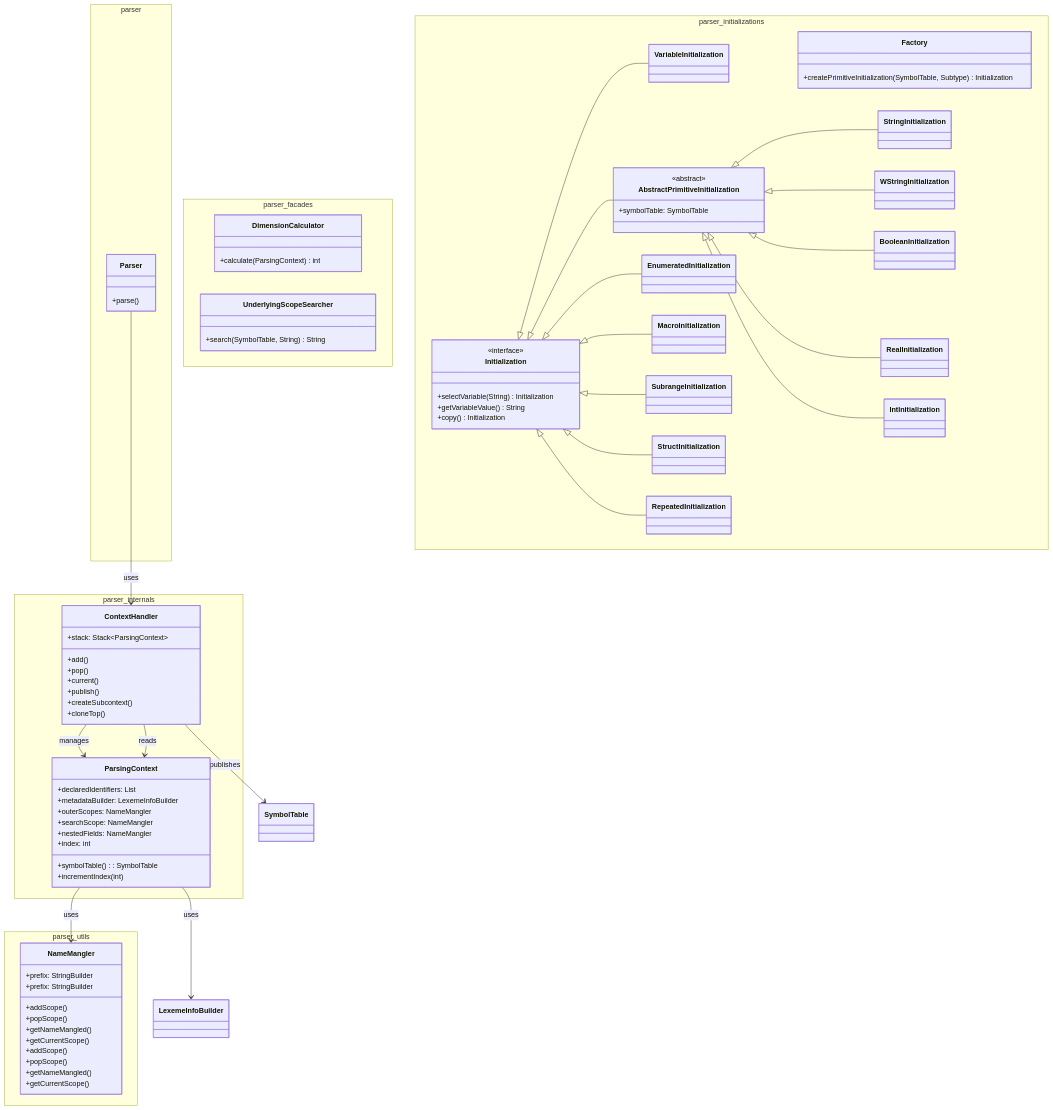
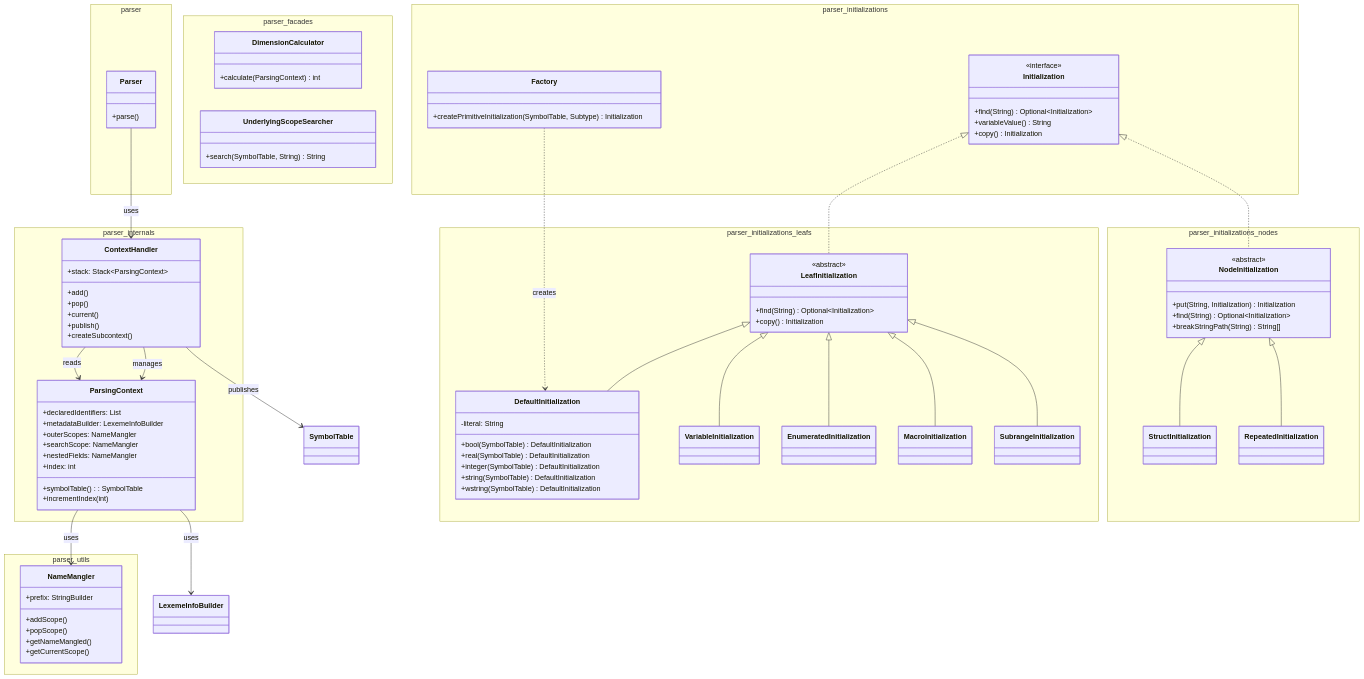
Before and after one commit to PascalUser/FLC-IEC61131-7: the second of 6 diagrams in doc/modules/parser.md, drawn with Mermaid. The commit also changed other lines of this file and 62 other files, not shown here.

```diff
--- a/doc/modules/parser.md
+++ b/doc/modules/parser.md
@@ -36,7 +36,6 @@
             +current()
             +publish()
             +createSubcontext()
-            +cloneTop()
         }
         class ParsingContext {
             +declaredIdentifiers: List
@@ -47,13 +46,6 @@
             +index: int
             +symbolTable(): SymbolTable
             +incrementIndex(int)
-        }
-        class NameMangler {
-            +prefix: StringBuilder
-            +addScope()
-            +popScope()
-            +getNameMangled()
-            +getCurrentScope()
         }
     }
     namespace parser_utils {
@@ -79,9 +71,28 @@
         }
         class Initialization {
             <<interface>>
-            +selectVariable(String) Initialization
-            +getVariableValue() String
+            +find(String) Optional~Initialization~
+            +variableValue() String
             +copy() Initialization
+        }
+        class NodeInitialization {
+            <<abstract>>
+            +put(String, Initialization) Initialization
+            +find(String) Optional~Initialization~
+            +breakStringPath(String) String[]
+        }
+        class LeafInitialization {
+            <<abstract>>
+            +find(String) Optional~Initialization~
+            +copy() Initialization
+        }
+        class DefaultInitialization {
+            -literal: String
+            +bool(SymbolTable) DefaultInitialization
+            +real(SymbolTable) DefaultInitialization
+            +integer(SymbolTable) DefaultInitialization
+            +string(SymbolTable) DefaultInitialization
+            +wstring(SymbolTable) DefaultInitialization
         }
         class VariableInitialization
         class EnumeratedInitialization
@@ -89,28 +100,30 @@
         class SubrangeInitialization
         class StructInitialization
         class RepeatedInitialization
-        class AbstractPrimitiveInitialization {
-            <<abstract>>
-            +symbolTable: SymbolTable
-        }
-        class StringInitialization
-        class WStringInitialization
-        class BooleanInitialization
-        class RealInitialization
-        class IntInitialization
     }
-    Initialization <|-- VariableInitialization
-    Initialization <|-- AbstractPrimitiveInitialization
-    Initialization <|-- EnumeratedInitialization
-    Initialization <|-- MacroInitialization
-    Initialization <|-- SubrangeInitialization
-    Initialization <|-- StructInitialization
-    Initialization <|-- RepeatedInitialization
-    AbstractPrimitiveInitialization <|-- StringInitialization
-    AbstractPrimitiveInitialization <|-- WStringInitialization
-    AbstractPrimitiveInitialization <|-- BooleanInitialization
-    AbstractPrimitiveInitialization <|-- RealInitialization
-    AbstractPrimitiveInitialization <|-- IntInitialization
+    namespace parser_initializations_leafs {
+        class VariableInitialization
+        class EnumeratedInitialization
+        class MacroInitialization
+        class SubrangeInitialization
+        class DefaultInitialization
+        class LeafInitialization
+    }
+    namespace parser_initializations_nodes {
+        class StructInitialization
+        class RepeatedInitialization
+        class NodeInitialization
+    }
+    Initialization <|.. NodeInitialization
+    Initialization <|.. LeafInitialization
+    LeafInitialization <|-- VariableInitialization
+    LeafInitialization <|-- EnumeratedInitialization
+    LeafInitialization <|-- MacroInitialization
+    LeafInitialization <|-- SubrangeInitialization
+    LeafInitialization <|-- DefaultInitialization
+    NodeInitialization <|-- StructInitialization
+    NodeInitialization <|-- RepeatedInitialization
+    Factory ..> DefaultInitialization : creates
     Parser --> ContextHandler : uses
     ContextHandler --> ParsingContext : manages
     ParsingContext --> NameMangler : uses
```
